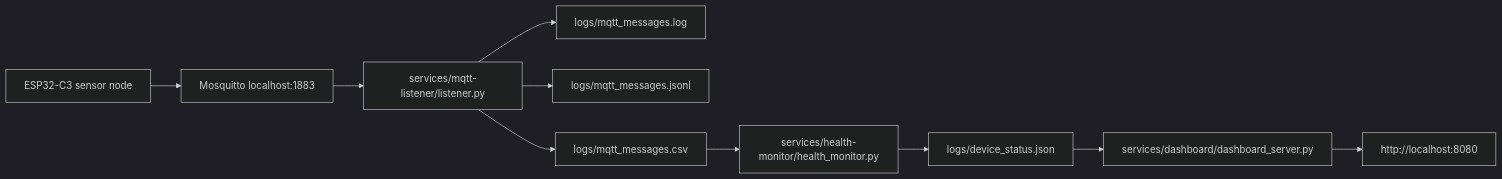
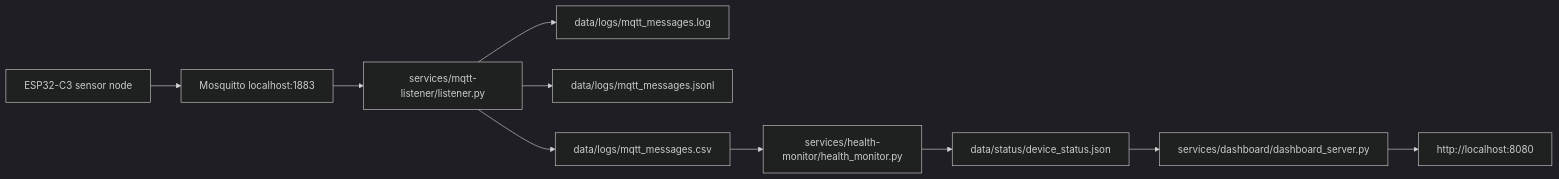
One commit to zjoseph151-commits/raspberry-pi-learning changed the diagram in README.md. Above: the diagram before and after it, drawn with Mermaid (dark theme). The commit also changed other lines of this file and 13 other files, not shown here.

````diff
--- a/README.md
+++ b/README.md
@@ -398,12 +398,12 @@
 ```mermaid
 flowchart LR
     ESP32["ESP32-C3 sensor node"] --> Mosquitto["Mosquitto localhost:1883"]
     Mosquitto --> Listener["services/mqtt-listener/listener.py"]
-    Listener --> TextLog["logs/mqtt_messages.log"]
-    Listener --> JsonlLog["logs/mqtt_messages.jsonl"]
-    Listener --> CsvLog["logs/mqtt_messages.csv"]
+    Listener --> TextLog["data/logs/mqtt_messages.log"]
+    Listener --> JsonlLog["data/logs/mqtt_messages.jsonl"]
+    Listener --> CsvLog["data/logs/mqtt_messages.csv"]
     CsvLog --> Health["services/health-monitor/health_monitor.py"]
-    Health --> StatusJson["logs/device_status.json"]
+    Health --> StatusJson["data/status/device_status.json"]
     StatusJson --> Dashboard["services/dashboard/dashboard_server.py"]
     Dashboard --> Browser["http://localhost:8080"]
 ```
````
